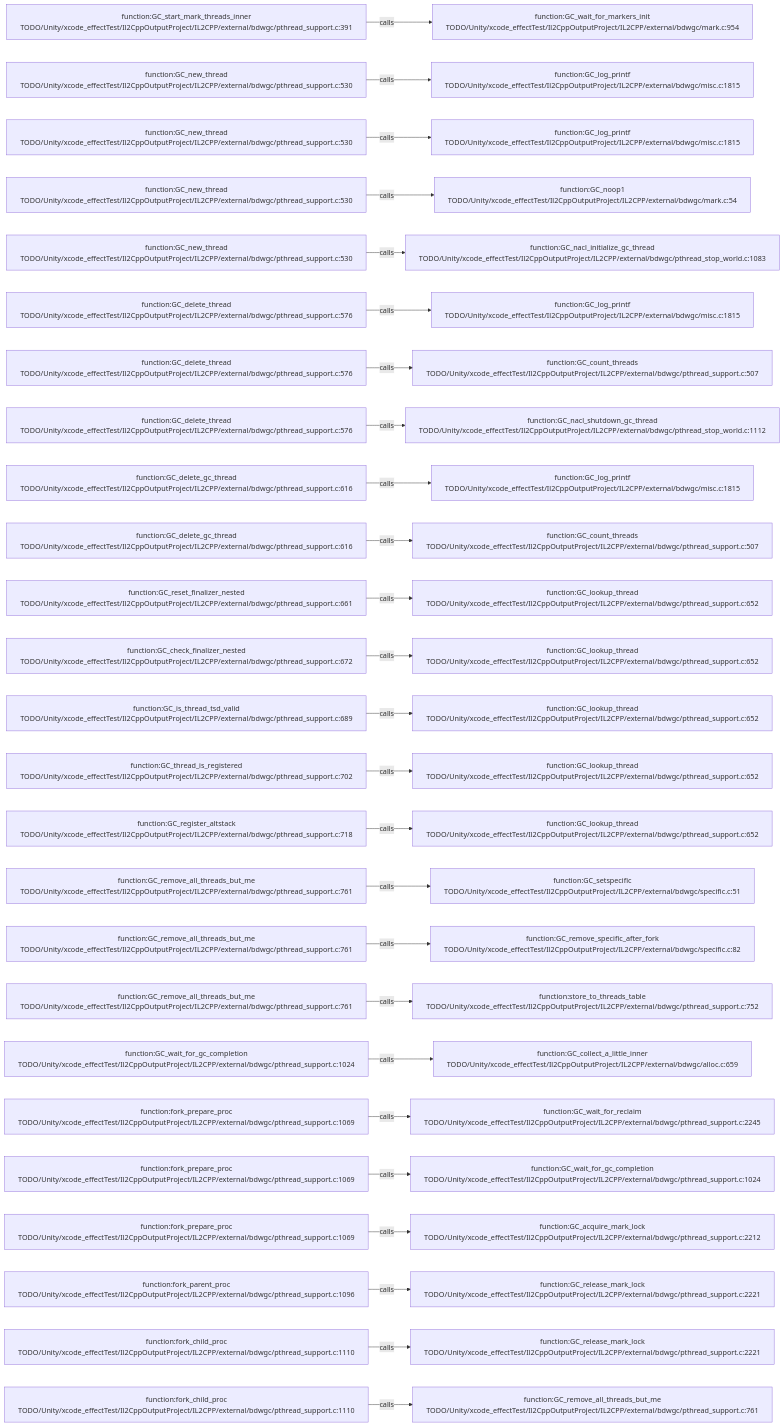
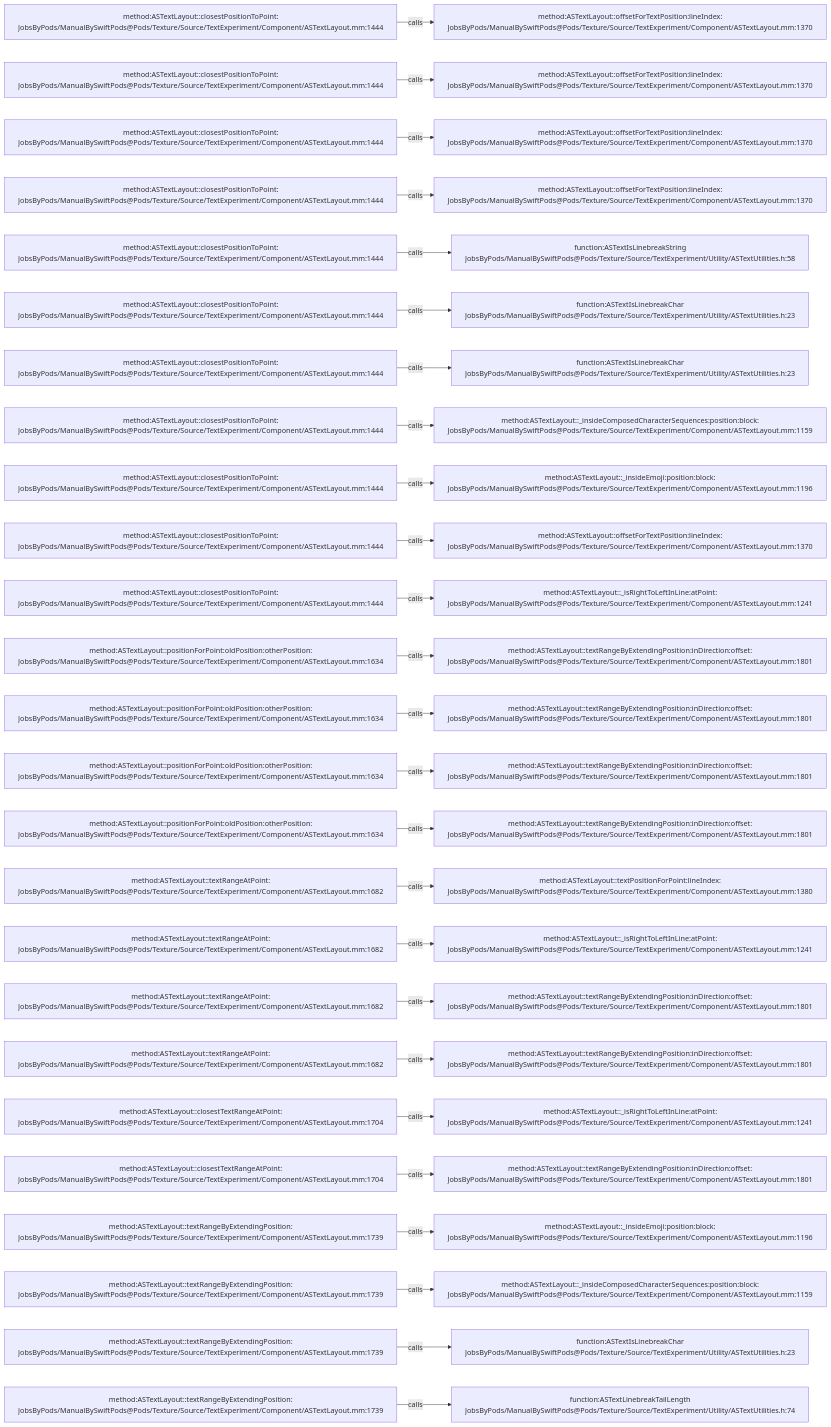
One commit to JobsKits/JobsSwiftBaseConfigDemo changed the diagram in .codegraph/codegraph.md/graphs/calls-152.md. Above: the diagram before and after it, drawn with Mermaid. The commit also changed 2959 other files, not shown here.

````diff
--- a/.codegraph/codegraph.md/graphs/calls-152.md
+++ b/.codegraph/codegraph.md/graphs/calls-152.md
@@ -13,78 +13,78 @@
 ```mermaid
 flowchart LR
-  S1["function:GC_start_mark_threads_inner<br/>TODO/Unity/xcode_effectTest/Il2CppOutputProject/IL2CPP/external/bdwgc/pthread_support.c:391"]
-  T1["function:GC_wait_for_markers_init<br/>TODO/Unity/xcode_effectTest/Il2CppOutputProject/IL2CPP/external/bdwgc/mark.c:954"]
+  S1["method:ASTextLayout::closestPositionToPoint:<br/>JobsByPods/ManualBySwiftPods@Pods/Texture/Source/TextExperiment/Component/ASTextLayout.mm:1444"]
+  T1["method:ASTextLayout::offsetForTextPosition:lineIndex:<br/>JobsByPods/ManualBySwiftPods@Pods/Texture/Source/TextExperiment/Component/ASTextLayout.mm:1370"]
   S1 -->|calls| T1
-  S2["function:GC_new_thread<br/>TODO/Unity/xcode_effectTest/Il2CppOutputProject/IL2CPP/external/bdwgc/pthread_support.c:530"]
-  T2["function:GC_log_printf<br/>TODO/Unity/xcode_effectTest/Il2CppOutputProject/IL2CPP/external/bdwgc/misc.c:1815"]
+  S2["method:ASTextLayout::closestPositionToPoint:<br/>JobsByPods/ManualBySwiftPods@Pods/Texture/Source/TextExperiment/Component/ASTextLayout.mm:1444"]
+  T2["method:ASTextLayout::offsetForTextPosition:lineIndex:<br/>JobsByPods/ManualBySwiftPods@Pods/Texture/Source/TextExperiment/Component/ASTextLayout.mm:1370"]
   S2 -->|calls| T2
-  S3["function:GC_new_thread<br/>TODO/Unity/xcode_effectTest/Il2CppOutputProject/IL2CPP/external/bdwgc/pthread_support.c:530"]
-  T3["function:GC_log_printf<br/>TODO/Unity/xcode_effectTest/Il2CppOutputProject/IL2CPP/external/bdwgc/misc.c:1815"]
+  S3["method:ASTextLayout::closestPositionToPoint:<br/>JobsByPods/ManualBySwiftPods@Pods/Texture/Source/TextExperiment/Component/ASTextLayout.mm:1444"]
+  T3["method:ASTextLayout::offsetForTextPosition:lineIndex:<br/>JobsByPods/ManualBySwiftPods@Pods/Texture/Source/TextExperiment/Component/ASTextLayout.mm:1370"]
   S3 -->|calls| T3
-  S4["function:GC_new_thread<br/>TODO/Unity/xcode_effectTest/Il2CppOutputProject/IL2CPP/external/bdwgc/pthread_support.c:530"]
-  T4["function:GC_noop1<br/>TODO/Unity/xcode_effectTest/Il2CppOutputProject/IL2CPP/external/bdwgc/mark.c:54"]
+  S4["method:ASTextLayout::closestPositionToPoint:<br/>JobsByPods/ManualBySwiftPods@Pods/Texture/Source/TextExperiment/Component/ASTextLayout.mm:1444"]
+  T4["method:ASTextLayout::offsetForTextPosition:lineIndex:<br/>JobsByPods/ManualBySwiftPods@Pods/Texture/Source/TextExperiment/Component/ASTextLayout.mm:1370"]
   S4 -->|calls| T4
-  S5["function:GC_new_thread<br/>TODO/Unity/xcode_effectTest/Il2CppOutputProject/IL2CPP/external/bdwgc/pthread_support.c:530"]
-  T5["function:GC_nacl_initialize_gc_thread<br/>TODO/Unity/xcode_effectTest/Il2CppOutputProject/IL2CPP/external/bdwgc/pthread_stop_world.c:1083"]
+  S5["method:ASTextLayout::closestPositionToPoint:<br/>JobsByPods/ManualBySwiftPods@Pods/Texture/Source/TextExperiment/Component/ASTextLayout.mm:1444"]
+  T5["function:ASTextIsLinebreakString<br/>JobsByPods/ManualBySwiftPods@Pods/Texture/Source/TextExperiment/Utility/ASTextUtilities.h:58"]
   S5 -->|calls| T5
-  S6["function:GC_delete_thread<br/>TODO/Unity/xcode_effectTest/Il2CppOutputProject/IL2CPP/external/bdwgc/pthread_support.c:576"]
-  T6["function:GC_log_printf<br/>TODO/Unity/xcode_effectTest/Il2CppOutputProject/IL2CPP/external/bdwgc/misc.c:1815"]
+  S6["method:ASTextLayout::closestPositionToPoint:<br/>JobsByPods/ManualBySwiftPods@Pods/Texture/Source/TextExperiment/Component/ASTextLayout.mm:1444"]
+  T6["function:ASTextIsLinebreakChar<br/>JobsByPods/ManualBySwiftPods@Pods/Texture/Source/TextExperiment/Utility/ASTextUtilities.h:23"]
   S6 -->|calls| T6
-  S7["function:GC_delete_thread<br/>TODO/Unity/xcode_effectTest/Il2CppOutputProject/IL2CPP/external/bdwgc/pthread_support.c:576"]
-  T7["function:GC_count_threads<br/>TODO/Unity/xcode_effectTest/Il2CppOutputProject/IL2CPP/external/bdwgc/pthread_support.c:507"]
+  S7["method:ASTextLayout::closestPositionToPoint:<br/>JobsByPods/ManualBySwiftPods@Pods/Texture/Source/TextExperiment/Component/ASTextLayout.mm:1444"]
+  T7["function:ASTextIsLinebreakChar<br/>JobsByPods/ManualBySwiftPods@Pods/Texture/Source/TextExperiment/Utility/ASTextUtilities.h:23"]
   S7 -->|calls| T7
-  S8["function:GC_delete_thread<br/>TODO/Unity/xcode_effectTest/Il2CppOutputProject/IL2CPP/external/bdwgc/pthread_support.c:576"]
-  T8["function:GC_nacl_shutdown_gc_thread<br/>TODO/Unity/xcode_effectTest/Il2CppOutputProject/IL2CPP/external/bdwgc/pthread_stop_world.c:1112"]
+  S8["method:ASTextLayout::closestPositionToPoint:<br/>JobsByPods/ManualBySwiftPods@Pods/Texture/Source/TextExperiment/Component/ASTextLayout.mm:1444"]
+  T8["method:ASTextLayout::_insideComposedCharacterSequences:position:block:<br/>JobsByPods/ManualBySwiftPods@Pods/Texture/Source/TextExperiment/Component/ASTextLayout.mm:1159"]
   S8 -->|calls| T8
-  S9["function:GC_delete_gc_thread<br/>TODO/Unity/xcode_effectTest/Il2CppOutputProject/IL2CPP/external/bdwgc/pthread_support.c:616"]
-  T9["function:GC_log_printf<br/>TODO/Unity/xcode_effectTest/Il2CppOutputProject/IL2CPP/external/bdwgc/misc.c:1815"]
+  S9["method:ASTextLayout::closestPositionToPoint:<br/>JobsByPods/ManualBySwiftPods@Pods/Texture/Source/TextExperiment/Component/ASTextLayout.mm:1444"]
+  T9["method:ASTextLayout::_insideEmoji:position:block:<br/>JobsByPods/ManualBySwiftPods@Pods/Texture/Source/TextExperiment/Component/ASTextLayout.mm:1196"]
   S9 -->|calls| T9
-  S10["function:GC_delete_gc_thread<br/>TODO/Unity/xcode_effectTest/Il2CppOutputProject/IL2CPP/external/bdwgc/pthread_support.c:616"]
-  T10["function:GC_count_threads<br/>TODO/Unity/xcode_effectTest/Il2CppOutputProject/IL2CPP/external/bdwgc/pthread_support.c:507"]
+  S10["method:ASTextLayout::closestPositionToPoint:<br/>JobsByPods/ManualBySwiftPods@Pods/Texture/Source/TextExperiment/Component/ASTextLayout.mm:1444"]
+  T10["method:ASTextLayout::offsetForTextPosition:lineIndex:<br/>JobsByPods/ManualBySwiftPods@Pods/Texture/Source/TextExperiment/Component/ASTextLayout.mm:1370"]
   S10 -->|calls| T10
-  S11["function:GC_reset_finalizer_nested<br/>TODO/Unity/xcode_effectTest/Il2CppOutputProject/IL2CPP/external/bdwgc/pthread_support.c:661"]
-  T11["function:GC_lookup_thread<br/>TODO/Unity/xcode_effectTest/Il2CppOutputProject/IL2CPP/external/bdwgc/pthread_support.c:652"]
+  S11["method:ASTextLayout::closestPositionToPoint:<br/>JobsByPods/ManualBySwiftPods@Pods/Texture/Source/TextExperiment/Component/ASTextLayout.mm:1444"]
+  T11["method:ASTextLayout::_isRightToLeftInLine:atPoint:<br/>JobsByPods/ManualBySwiftPods@Pods/Texture/Source/TextExperiment/Component/ASTextLayout.mm:1241"]
   S11 -->|calls| T11
-  S12["function:GC_check_finalizer_nested<br/>TODO/Unity/xcode_effectTest/Il2CppOutputProject/IL2CPP/external/bdwgc/pthread_support.c:672"]
-  T12["function:GC_lookup_thread<br/>TODO/Unity/xcode_effectTest/Il2CppOutputProject/IL2CPP/external/bdwgc/pthread_support.c:652"]
+  S12["method:ASTextLayout::positionForPoint:oldPosition:otherPosition:<br/>JobsByPods/ManualBySwiftPods@Pods/Texture/Source/TextExperiment/Component/ASTextLayout.mm:1634"]
+  T12["method:ASTextLayout::textRangeByExtendingPosition:inDirection:offset:<br/>JobsByPods/ManualBySwiftPods@Pods/Texture/Source/TextExperiment/Component/ASTextLayout.mm:1801"]
   S12 -->|calls| T12
-  S13["function:GC_is_thread_tsd_valid<br/>TODO/Unity/xcode_effectTest/Il2CppOutputProject/IL2CPP/external/bdwgc/pthread_support.c:689"]
-  T13["function:GC_lookup_thread<br/>TODO/Unity/xcode_effectTest/Il2CppOutputProject/IL2CPP/external/bdwgc/pthread_support.c:652"]
+  S13["method:ASTextLayout::positionForPoint:oldPosition:otherPosition:<br/>JobsByPods/ManualBySwiftPods@Pods/Texture/Source/TextExperiment/Component/ASTextLayout.mm:1634"]
+  T13["method:ASTextLayout::textRangeByExtendingPosition:inDirection:offset:<br/>JobsByPods/ManualBySwiftPods@Pods/Texture/Source/TextExperiment/Component/ASTextLayout.mm:1801"]
   S13 -->|calls| T13
-  S14["function:GC_thread_is_registered<br/>TODO/Unity/xcode_effectTest/Il2CppOutputProject/IL2CPP/external/bdwgc/pthread_support.c:702"]
-  T14["function:GC_lookup_thread<br/>TODO/Unity/xcode_effectTest/Il2CppOutputProject/IL2CPP/external/bdwgc/pthread_support.c:652"]
+  S14["method:ASTextLayout::positionForPoint:oldPosition:otherPosition:<br/>JobsByPods/ManualBySwiftPods@Pods/Texture/Source/TextExperiment/Component/ASTextLayout.mm:1634"]
+  T14["method:ASTextLayout::textRangeByExtendingPosition:inDirection:offset:<br/>JobsByPods/ManualBySwiftPods@Pods/Texture/Source/TextExperiment/Component/ASTextLayout.mm:1801"]
   S14 -->|calls| T14
-  S15["function:GC_register_altstack<br/>TODO/Unity/xcode_effectTest/Il2CppOutputProject/IL2CPP/external/bdwgc/pthread_support.c:718"]
-  T15["function:GC_lookup_thread<br/>TODO/Unity/xcode_effectTest/Il2CppOutputProject/IL2CPP/external/bdwgc/pthread_support.c:652"]
+  S15["method:ASTextLayout::positionForPoint:oldPosition:otherPosition:<br/>JobsByPods/ManualBySwiftPods@Pods/Texture/Source/TextExperiment/Component/ASTextLayout.mm:1634"]
+  T15["method:ASTextLayout::textRangeByExtendingPosition:inDirection:offset:<br/>JobsByPods/ManualBySwiftPods@Pods/Texture/Source/TextExperiment/Component/ASTextLayout.mm:1801"]
   S15 -->|calls| T15
-  S16["function:GC_remove_all_threads_but_me<br/>TODO/Unity/xcode_effectTest/Il2CppOutputProject/IL2CPP/external/bdwgc/pthread_support.c:761"]
-  T16["function:GC_setspecific<br/>TODO/Unity/xcode_effectTest/Il2CppOutputProject/IL2CPP/external/bdwgc/specific.c:51"]
+  S16["method:ASTextLayout::textRangeAtPoint:<br/>JobsByPods/ManualBySwiftPods@Pods/Texture/Source/TextExperiment/Component/ASTextLayout.mm:1682"]
+  T16["method:ASTextLayout::textPositionForPoint:lineIndex:<br/>JobsByPods/ManualBySwiftPods@Pods/Texture/Source/TextExperiment/Component/ASTextLayout.mm:1380"]
   S16 -->|calls| T16
-  S17["function:GC_remove_all_threads_but_me<br/>TODO/Unity/xcode_effectTest/Il2CppOutputProject/IL2CPP/external/bdwgc/pthread_support.c:761"]
-  T17["function:GC_remove_specific_after_fork<br/>TODO/Unity/xcode_effectTest/Il2CppOutputProject/IL2CPP/external/bdwgc/specific.c:82"]
+  S17["method:ASTextLayout::textRangeAtPoint:<br/>JobsByPods/ManualBySwiftPods@Pods/Texture/Source/TextExperiment/Component/ASTextLayout.mm:1682"]
+  T17["method:ASTextLayout::_isRightToLeftInLine:atPoint:<br/>JobsByPods/ManualBySwiftPods@Pods/Texture/Source/TextExperiment/Component/ASTextLayout.mm:1241"]
   S17 -->|calls| T17
-  S18["function:GC_remove_all_threads_but_me<br/>TODO/Unity/xcode_effectTest/Il2CppOutputProject/IL2CPP/external/bdwgc/pthread_support.c:761"]
-  T18["function:store_to_threads_table<br/>TODO/Unity/xcode_effectTest/Il2CppOutputProject/IL2CPP/external/bdwgc/pthread_support.c:752"]
+  S18["method:ASTextLayout::textRangeAtPoint:<br/>JobsByPods/ManualBySwiftPods@Pods/Texture/Source/TextExperiment/Component/ASTextLayout.mm:1682"]
+  T18["method:ASTextLayout::textRangeByExtendingPosition:inDirection:offset:<br/>JobsByPods/ManualBySwiftPods@Pods/Texture/Source/TextExperiment/Component/ASTextLayout.mm:1801"]
   S18 -->|calls| T18
-  S19["function:GC_wait_for_gc_completion<br/>TODO/Unity/xcode_effectTest/Il2CppOutputProject/IL2CPP/external/bdwgc/pthread_support.c:1024"]
-  T19["function:GC_collect_a_little_inner<br/>TODO/Unity/xcode_effectTest/Il2CppOutputProject/IL2CPP/external/bdwgc/alloc.c:659"]
+  S19["method:ASTextLayout::textRangeAtPoint:<br/>JobsByPods/ManualBySwiftPods@Pods/Texture/Source/TextExperiment/Component/ASTextLayout.mm:1682"]
+  T19["method:ASTextLayout::textRangeByExtendingPosition:inDirection:offset:<br/>JobsByPods/ManualBySwiftPods@Pods/Texture/Source/TextExperiment/Component/ASTextLayout.mm:1801"]
   S19 -->|calls| T19
-  S20["function:fork_prepare_proc<br/>TODO/Unity/xcode_effectTest/Il2CppOutputProject/IL2CPP/external/bdwgc/pthread_support.c:1069"]
-  T20["function:GC_wait_for_reclaim<br/>TODO/Unity/xcode_effectTest/Il2CppOutputProject/IL2CPP/external/bdwgc/pthread_support.c:2245"]
+  S20["method:ASTextLayout::closestTextRangeAtPoint:<br/>JobsByPods/ManualBySwiftPods@Pods/Texture/Source/TextExperiment/Component/ASTextLayout.mm:1704"]
+  T20["method:ASTextLayout::_isRightToLeftInLine:atPoint:<br/>JobsByPods/ManualBySwiftPods@Pods/Texture/Source/TextExperiment/Component/ASTextLayout.mm:1241"]
   S20 -->|calls| T20
-  S21["function:fork_prepare_proc<br/>TODO/Unity/xcode_effectTest/Il2CppOutputProject/IL2CPP/external/bdwgc/pthread_support.c:1069"]
-  T21["function:GC_wait_for_gc_completion<br/>TODO/Unity/xcode_effectTest/Il2CppOutputProject/IL2CPP/external/bdwgc/pthread_support.c:1024"]
+  S21["method:ASTextLayout::closestTextRangeAtPoint:<br/>JobsByPods/ManualBySwiftPods@Pods/Texture/Source/TextExperiment/Component/ASTextLayout.mm:1704"]
+  T21["method:ASTextLayout::textRangeByExtendingPosition:inDirection:offset:<br/>JobsByPods/ManualBySwiftPods@Pods/Texture/Source/TextExperiment/Component/ASTextLayout.mm:1801"]
   S21 -->|calls| T21
-  S22["function:fork_prepare_proc<br/>TODO/Unity/xcode_effectTest/Il2CppOutputProject/IL2CPP/external/bdwgc/pthread_support.c:1069"]
-  T22["function:GC_acquire_mark_lock<br/>TODO/Unity/xcode_effectTest/Il2CppOutputProject/IL2CPP/external/bdwgc/pthread_support.c:2212"]
+  S22["method:ASTextLayout::textRangeByExtendingPosition:<br/>JobsByPods/ManualBySwiftPods@Pods/Texture/Source/TextExperiment/Component/ASTextLayout.mm:1739"]
+  T22["method:ASTextLayout::_insideEmoji:position:block:<br/>JobsByPods/ManualBySwiftPods@Pods/Texture/Source/TextExperiment/Component/ASTextLayout.mm:1196"]
   S22 -->|calls| T22
-  S23["function:fork_parent_proc<br/>TODO/Unity/xcode_effectTest/Il2CppOutputProject/IL2CPP/external/bdwgc/pthread_support.c:1096"]
-  T23["function:GC_release_mark_lock<br/>TODO/Unity/xcode_effectTest/Il2CppOutputProject/IL2CPP/external/bdwgc/pthread_support.c:2221"]
+  S23["method:ASTextLayout::textRangeByExtendingPosition:<br/>JobsByPods/ManualBySwiftPods@Pods/Texture/Source/TextExperiment/Component/ASTextLayout.mm:1739"]
+  T23["method:ASTextLayout::_insideComposedCharacterSequences:position:block:<br/>JobsByPods/ManualBySwiftPods@Pods/Texture/Source/TextExperiment/Component/ASTextLayout.mm:1159"]
   S23 -->|calls| T23
-  S24["function:fork_child_proc<br/>TODO/Unity/xcode_effectTest/Il2CppOutputProject/IL2CPP/external/bdwgc/pthread_support.c:1110"]
-  T24["function:GC_release_mark_lock<br/>TODO/Unity/xcode_effectTest/Il2CppOutputProject/IL2CPP/external/bdwgc/pthread_support.c:2221"]
+  S24["method:ASTextLayout::textRangeByExtendingPosition:<br/>JobsByPods/ManualBySwiftPods@Pods/Texture/Source/TextExperiment/Component/ASTextLayout.mm:1739"]
+  T24["function:ASTextIsLinebreakChar<br/>JobsByPods/ManualBySwiftPods@Pods/Texture/Source/TextExperiment/Utility/ASTextUtilities.h:23"]
   S24 -->|calls| T24
-  S25["function:fork_child_proc<br/>TODO/Unity/xcode_effectTest/Il2CppOutputProject/IL2CPP/external/bdwgc/pthread_support.c:1110"]
-  T25["function:GC_remove_all_threads_but_me<br/>TODO/Unity/xcode_effectTest/Il2CppOutputProject/IL2CPP/external/bdwgc/pthread_support.c:761"]
+  S25["method:ASTextLayout::textRangeByExtendingPosition:<br/>JobsByPods/ManualBySwiftPods@Pods/Texture/Source/TextExperiment/Component/ASTextLayout.mm:1739"]
+  T25["function:ASTextLinebreakTailLength<br/>JobsByPods/ManualBySwiftPods@Pods/Texture/Source/TextExperiment/Utility/ASTextUtilities.h:74"]
   S25 -->|calls| T25
 ```
````
